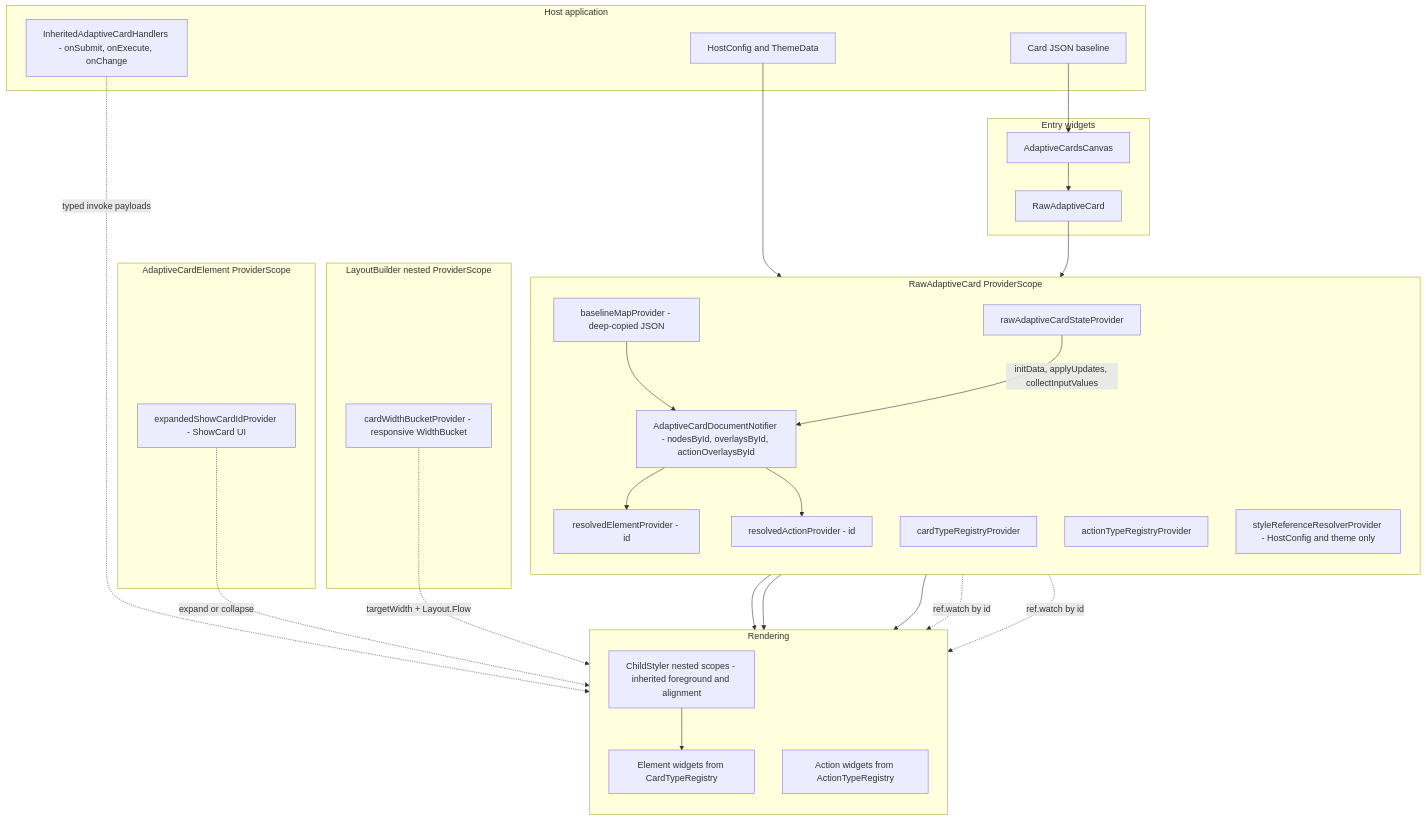
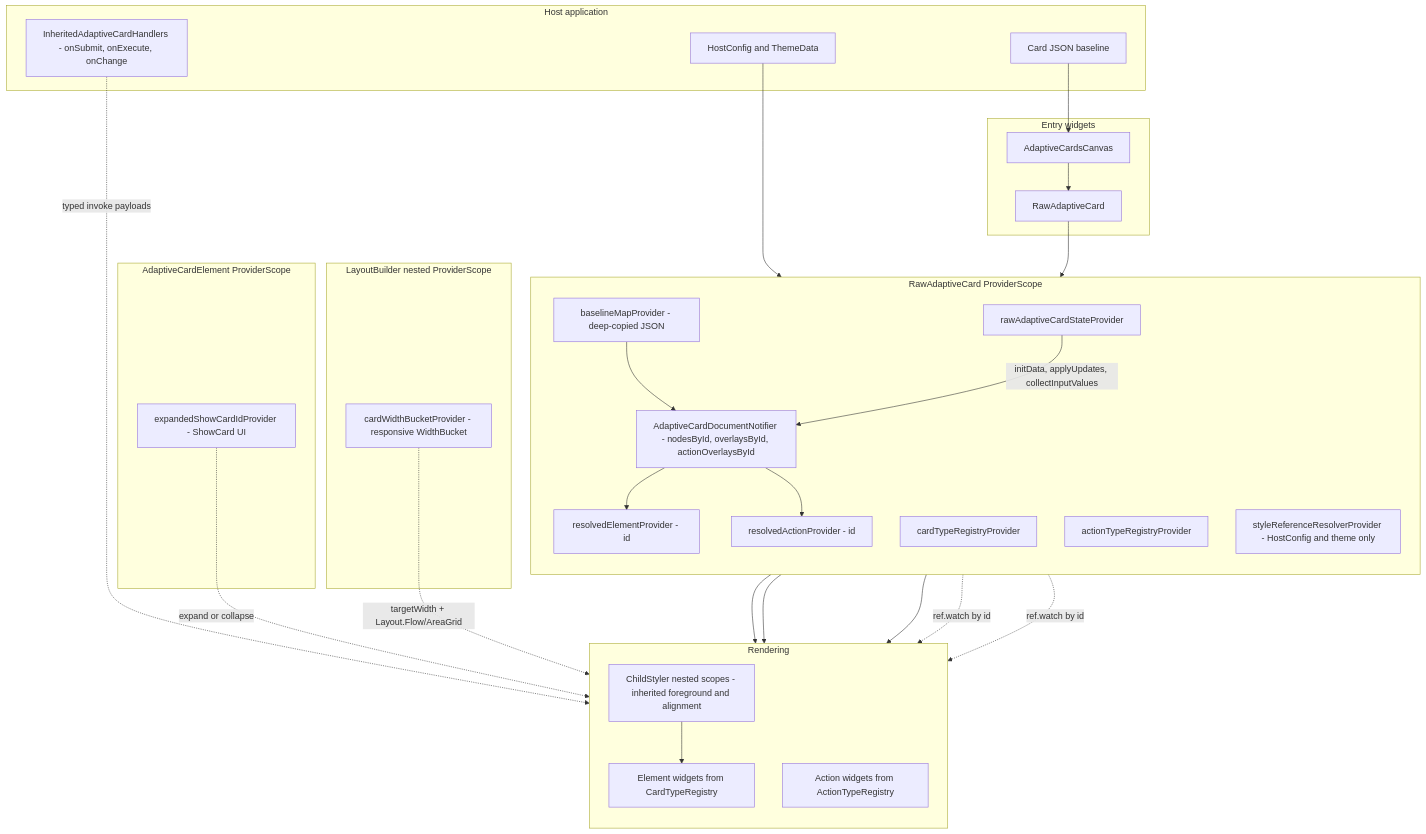
One commit to freemansoft/Flutter-AdaptiveCards changed the second of 2 diagrams in docs/Architecture-Overview.md. Above: the diagram before and after it, drawn with Mermaid. The commit also changed 32 other files, not shown here.

````diff
--- a/docs/Architecture-Overview.md
+++ b/docs/Architecture-Overview.md
@@ -47,58 +47,58 @@
 ```mermaid
 flowchart TB
   subgraph hostApp["Host application"]
     HJSON["Card JSON baseline"]
     HC["HostConfig and ThemeData"]
     IH["InheritedAdaptiveCardHandlers - onSubmit, onExecute, onChange"]
   end
 
   subgraph entry["Entry widgets"]
     Canvas["AdaptiveCardsCanvas"]
     Raw["RawAdaptiveCard"]
     Canvas --> Raw
   end
 
   subgraph rawScope["RawAdaptiveCard ProviderScope"]
     direction TB
     BL["baselineMapProvider - deep-copied JSON"]
     DOC["AdaptiveCardDocumentNotifier - nodesById, overlaysById, actionOverlaysById"]
     REG["cardTypeRegistryProvider"]
     ACT["actionTypeRegistryProvider"]
     STY["styleReferenceResolverProvider - HostConfig and theme only"]
     RS["rawAdaptiveCardStateProvider"]
     REL["resolvedElementProvider - id"]
     RACT["resolvedActionProvider - id"]
     BL --> DOC
     DOC --> REL
     DOC --> RACT
   end
 
   subgraph elementScope["AdaptiveCardElement ProviderScope"]
     SC["expandedShowCardIdProvider - ShowCard UI"]
   end
 
   subgraph widthScope["LayoutBuilder nested ProviderScope"]
     WB["cardWidthBucketProvider - responsive WidthBucket"]
   end
 
   subgraph render["Rendering"]
     direction TB
     WT["Element widgets from CardTypeRegistry"]
     AW["Action widgets from ActionTypeRegistry"]
     CS["ChildStyler nested scopes - inherited foreground and alignment"]
   end
 
   HJSON --> Canvas
   HC --> STY
   IH -. "typed invoke payloads" .-> AW
   Raw --> BL
   REG --> WT
   ACT --> AW
   STY --> CS
   CS --> WT
   REL -. "ref.watch by id" .-> WT
   RACT -. "ref.watch by id" .-> AW
   RS -->|"initData, applyUpdates, collectInputValues"| DOC
   SC -. "expand or collapse" .-> AW
-  WB -. "targetWidth + Layout.Flow" .-> WT
+  WB -. "targetWidth + Layout.Flow/AreaGrid" .-> WT
 ```
````
